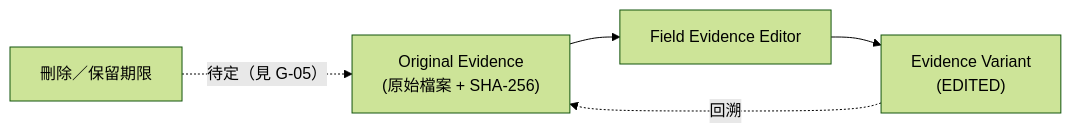
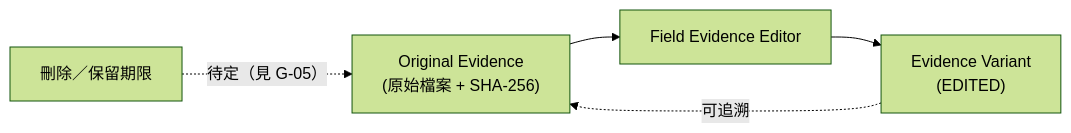
One commit to speko-tw/inspect-flow changed the third of 5 diagrams in docs/intents/02-principles.md. Above: the diagram before and after it, drawn with Mermaid (forest theme). The commit also changed other lines of this file and 5 other files, not shown here.

````diff
--- a/docs/intents/02-principles.md
+++ b/docs/intents/02-principles.md
@@ -179,7 +146,7 @@
 ```mermaid
 graph LR
   ORIG["Original Evidence<br/>(原始檔案 + SHA-256)"] --> EDIT["Field Evidence Editor"]
   EDIT --> VAR["Evidence Variant<br/>(EDITED)"]
-  VAR -. 回溯 .-> ORIG
+  VAR -.->|"可追溯"| ORIG
   DEL["刪除／保留期限"] -.->|"待定（見 G-05）"| ORIG
 ```
````
